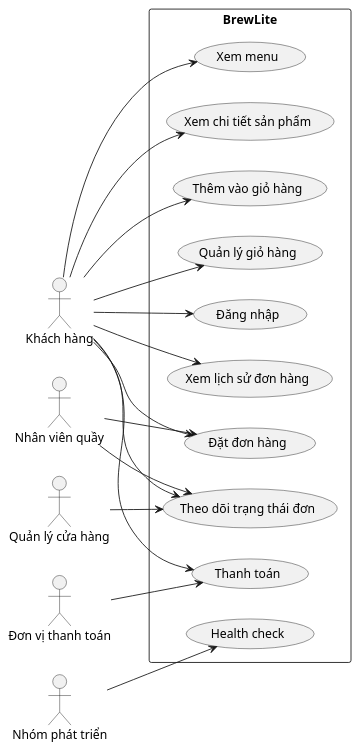
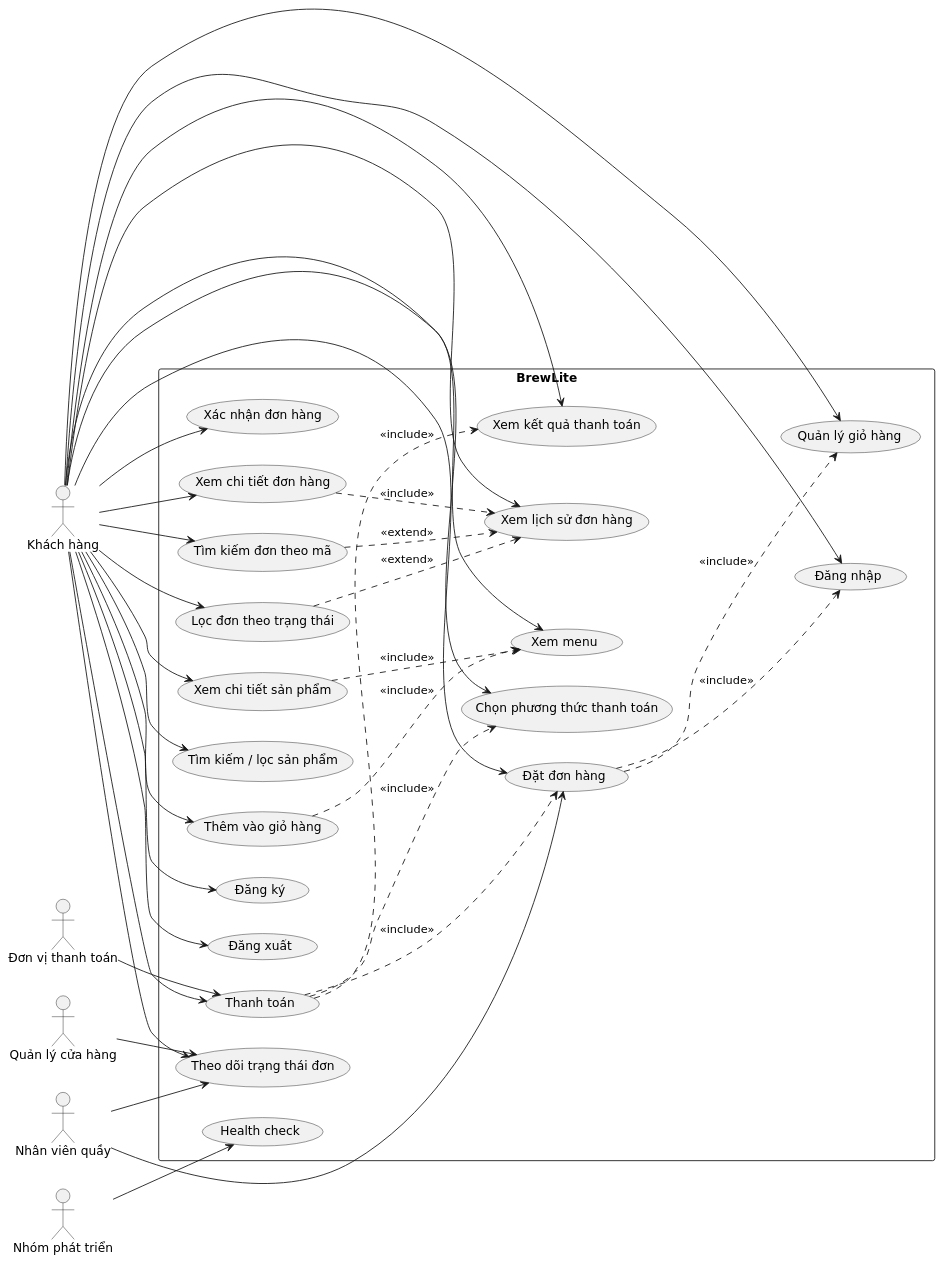
One commit to supergigachadsupreme300/brewlite2 changed the diagram in docs/diagrams/use-case-overall.puml. Above: the diagram before and after it, drawn with PlantUML. The commit also changed 7 other files, not shown here.

Commit message:
sửa lại main diagram và product detail page

```diff
--- a/docs/diagrams/use-case-overall.puml
+++ b/docs/diagrams/use-case-overall.puml
@@ -1,39 +1,84 @@
 @startuml
 left to right direction
 skinparam packageStyle rectangle
+skinparam shadowing false
+skinparam defaultFontName "DejaVu Sans"
 
 actor "Khách hàng" as Customer
 actor "Nhân viên quầy" as Staff
 actor "Quản lý cửa hàng" as Manager
 actor "Nhóm phát triển" as Dev
 actor "Đơn vị thanh toán" as Payment
 
 rectangle BrewLite {
+  ' --- Product & Menu ---
   usecase "Xem menu" as UC1
   usecase "Xem chi tiết sản phẩm" as UC2
+  usecase "Tìm kiếm / lọc sản phẩm" as UC2a
+
+  ' --- Cart ---
   usecase "Thêm vào giỏ hàng" as UC3
   usecase "Quản lý giỏ hàng" as UC4
+
+  ' --- Auth ---
+  usecase "Đăng ký" as UC5a
   usecase "Đăng nhập" as UC5
+  usecase "Đăng xuất" as UC5b
+
+  ' --- Order ---
   usecase "Đặt đơn hàng" as UC6
+  usecase "Xác nhận đơn hàng" as UC6a
+  usecase "Theo dõi trạng thái đơn" as UC9
+
+  ' --- Payment ---
   usecase "Thanh toán" as UC7
+  usecase "Chọn phương thức thanh toán" as UC7a
+  usecase "Xem kết quả thanh toán" as UC7b
+
+  ' --- Order history ---
   usecase "Xem lịch sử đơn hàng" as UC8
-  usecase "Theo dõi trạng thái đơn" as UC9
+  usecase "Tìm kiếm đơn theo mã" as UC8a
+  usecase "Lọc đơn theo trạng thái" as UC8b
+  usecase "Xem chi tiết đơn hàng" as UC8c
+
+  ' --- System ---
   usecase "Health check" as UC10
 }
 
 Customer --> UC1
 Customer --> UC2
+Customer --> UC2a
 Customer --> UC3
 Customer --> UC4
 Customer --> UC5
+Customer --> UC5a
+Customer --> UC5b
 Customer --> UC6
+Customer --> UC6a
 Customer --> UC7
+Customer --> UC7a
+Customer --> UC7b
 Customer --> UC8
+Customer --> UC8a
+Customer --> UC8b
+Customer --> UC8c
 Customer --> UC9
 
 Staff --> UC6
 Staff --> UC9
 Manager --> UC9
 Dev --> UC10
 Payment --> UC7
+
+UC3 ..> UC1 : <<include>>
+UC2 ..> UC1 : <<include>>
+UC6 ..> UC4 : <<include>>
+UC6 ..> UC5 : <<include>>
+UC7 ..> UC6 : <<include>>
+UC7 ..> UC7a : <<include>>
+UC7 ..> UC7b : <<include>>
+UC8a ..> UC8 : <<extend>>
+UC8b ..> UC8 : <<extend>>
+UC8c ..> UC8 : <<include>>
+
 @enduml
```
